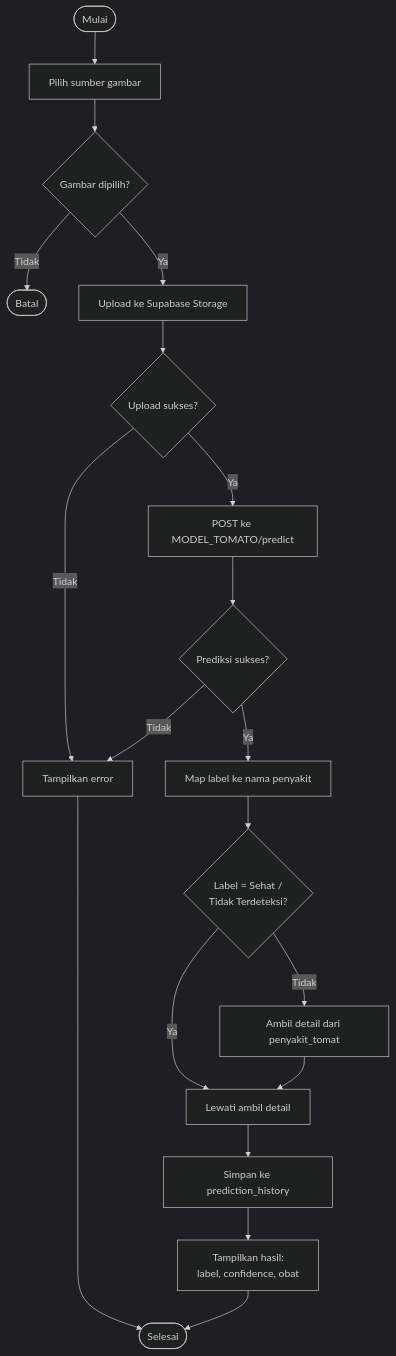
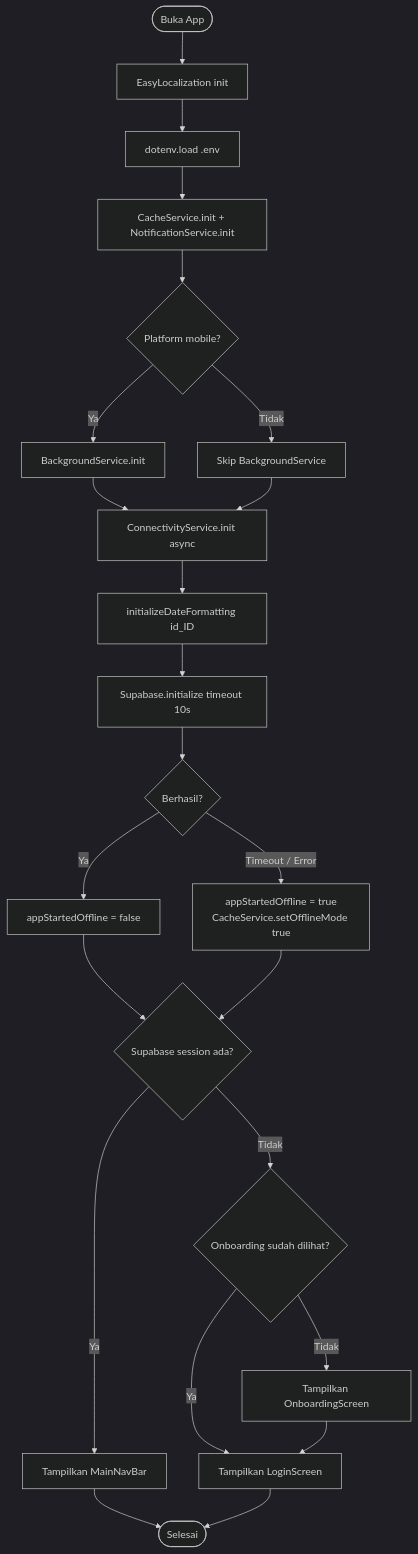
The first of 11 diagrams in docs/ACTIVITY_DIAGRAM.md (AffanShz/Petani-Maju-V.2), drawn with Mermaid (dark theme) before and after one commit. The commit also changed other lines of this file and 2 other files, not shown here.

Commit message:
docs: update system architecture and activity diagrams

````diff
--- a/docs/ACTIVITY_DIAGRAM.md
+++ b/docs/ACTIVITY_DIAGRAM.md
@@ -21,21 +25,25 @@
 ```mermaid
 flowchart TD
-    A([Mulai]) --> B[Pilih sumber gambar]
-    B --> C{Gambar dipilih?}
-    C -- Tidak --> Z([Batal])
-    C -- Ya --> D[Upload ke Supabase Storage]
-    D --> E{Upload sukses?}
-    E -- Tidak --> ERR[Tampilkan error]
-    E -- Ya --> F[POST ke MODEL_TOMATO/predict]
-    F --> G{Prediksi sukses?}
-    G -- Tidak --> ERR
-    G -- Ya --> H[Map label ke nama penyakit]
-    H --> I{Label = Sehat /<br/>Tidak Terdeteksi?}
-    I -- Ya --> K[Lewati ambil detail]
-    I -- Tidak --> J[Ambil detail dari penyakit_tomat]
-    J --> K
-    K --> L[Simpan ke prediction_history]
-    L --> M[Tampilkan hasil:<br/>label, confidence, obat]
-    M --> N([Selesai])
-    ERR --> N
+    A([Buka App]) --> B[EasyLocalization init]
+    B --> C[dotenv.load .env]
+    C --> D[CacheService.init + NotificationService.init]
+    D --> E{Platform mobile?}
+    E -- Ya --> F[BackgroundService.init]
+    E -- Tidak --> G[Skip BackgroundService]
+    F --> H[ConnectivityService.init async]
+    G --> H
+    H --> I[initializeDateFormatting id_ID]
+    I --> J[Supabase.initialize timeout 10s]
+    J --> K{Berhasil?}
+    K -- Ya --> L[appStartedOffline = false]
+    K -- Timeout / Error --> M[appStartedOffline = true\nCacheService.setOfflineMode true]
+    L --> N{Supabase session ada?}
+    M --> N
+    N -- Ya --> O[Tampilkan MainNavBar]
+    N -- Tidak --> P{Onboarding sudah dilihat?}
+    P -- Tidak --> Q[Tampilkan OnboardingScreen]
+    P -- Ya --> R[Tampilkan LoginScreen]
+    Q --> R
+    O --> Z([Selesai])
+    R --> Z
 ```
````
